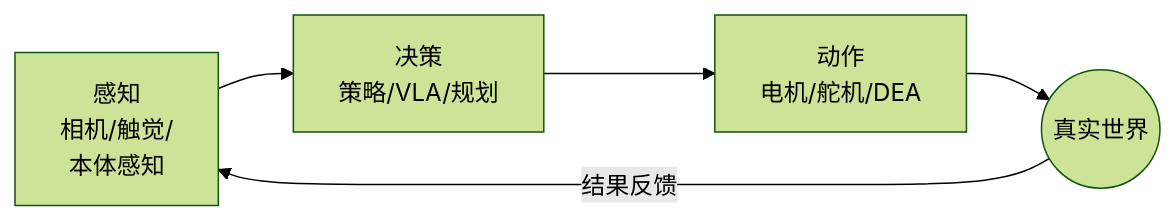
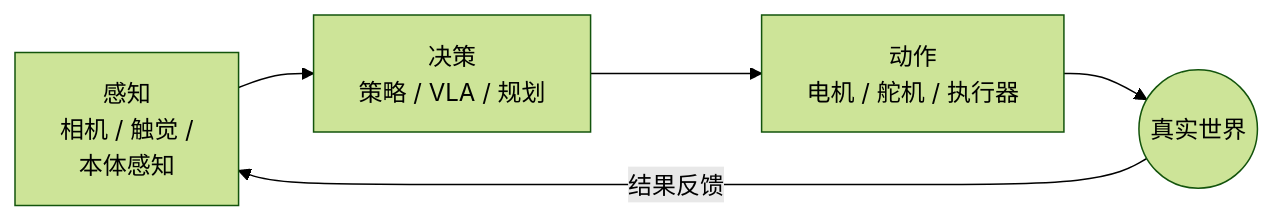
One commit to zizhengwang2026/Embodied-Intelligence-Learning changed the first of 2 diagrams in study-log/2026-08-15-lecture-01-zh.md. Above: the diagram before and after it, drawn with Mermaid (forest theme). The commit also changed other lines of this file, not shown here.

````diff
--- a/study-log/2026-08-15-lecture-01-zh.md
+++ b/study-log/2026-08-15-lecture-01-zh.md
@@ -29,7 +31,7 @@
 ```mermaid
 flowchart LR
-    P[感知<br/>相机/触觉/<br/>本体感知] --> D[决策<br/>策略/VLA/规划]
-    D --> A[动作<br/>电机/舵机/DEA]
+    P[感知<br/>相机 / 触觉 /<br/>本体感知] --> D[决策<br/>策略 / VLA / 规划]
+    D --> A[动作<br/>电机 / 舵机 / 执行器]
     A --> W((真实世界))
     W -->|结果反馈| P
 ```
````
